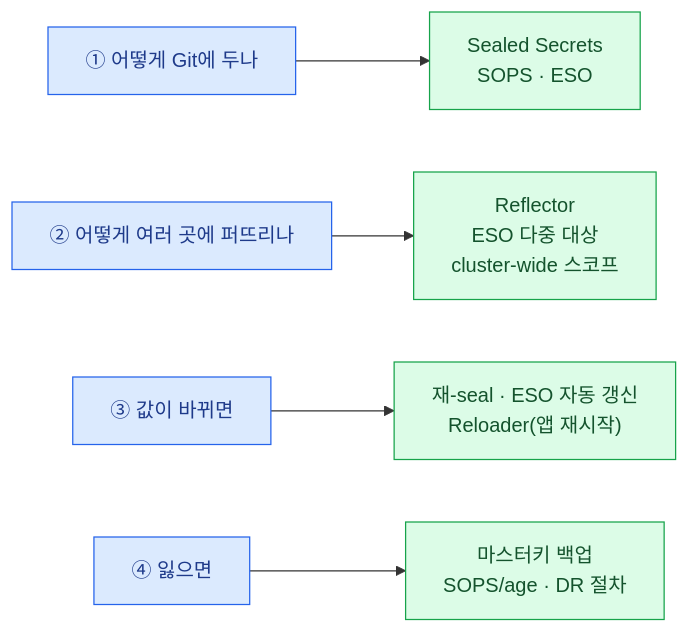
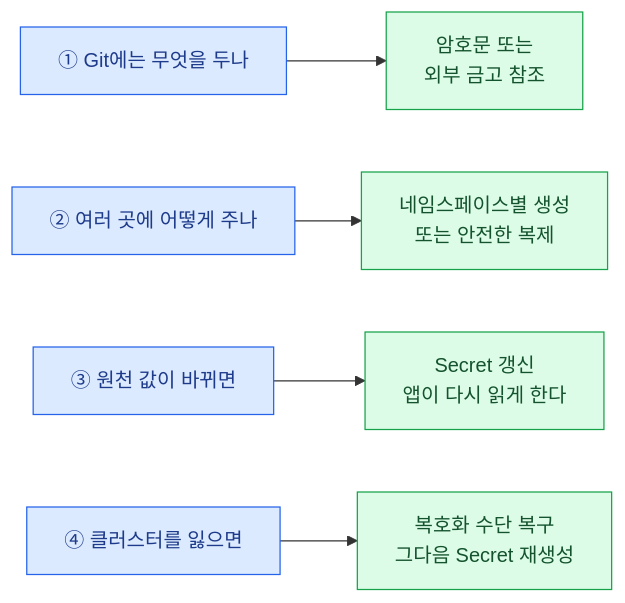
One commit to mechurak/study-starlight changed the first of 2 diagrams in src/content/docs/onprem/10-secrets.mdx. Above: the diagram before and after it, drawn with Mermaid. The commit also changed other lines of this file and 24 other files, not shown here.

````diff
--- a/src/content/docs/onprem/10-secrets.mdx
+++ b/src/content/docs/onprem/10-secrets.mdx
@@ -52,12 +73,12 @@
 ```mermaid
 flowchart LR
-    Q1["① 어떻게 Git에 두나"] --> A1["Sealed Secrets<br/>SOPS · ESO"]
-    Q2["② 어떻게 여러 곳에 퍼뜨리나"] --> A2["Reflector<br/>ESO 다중 대상<br/>cluster-wide 스코프"]
-    Q3["③ 값이 바뀌면"] --> A3["재-seal · ESO 자동 갱신<br/>Reloader(앱 재시작)"]
-    Q4["④ 잃으면"] --> A4["마스터키 백업<br/>SOPS/age · DR 절차"]
+    Q1["① Git에는 무엇을 두나"] --> A1["암호문 또는<br/>외부 금고 참조"]
+    Q2["② 여러 곳에 어떻게 주나"] --> A2["네임스페이스별 생성<br/>또는 안전한 복제"]
+    Q3["③ 원천 값이 바뀌면"] --> A3["Secret 갱신<br/>앱이 다시 읽게 한다"]
+    Q4["④ 클러스터를 잃으면"] --> A4["복호화 수단 복구<br/>그다음 Secret 재생성"]
 
     classDef key  fill:#dbeafe,stroke:#2563eb,color:#1e3a8a
     classDef ok   fill:#dcfce7,stroke:#16a34a,color:#14532d
     class Q1,Q2,Q3,Q4 key
     class A1,A2,A3,A4 ok
 ```
````
